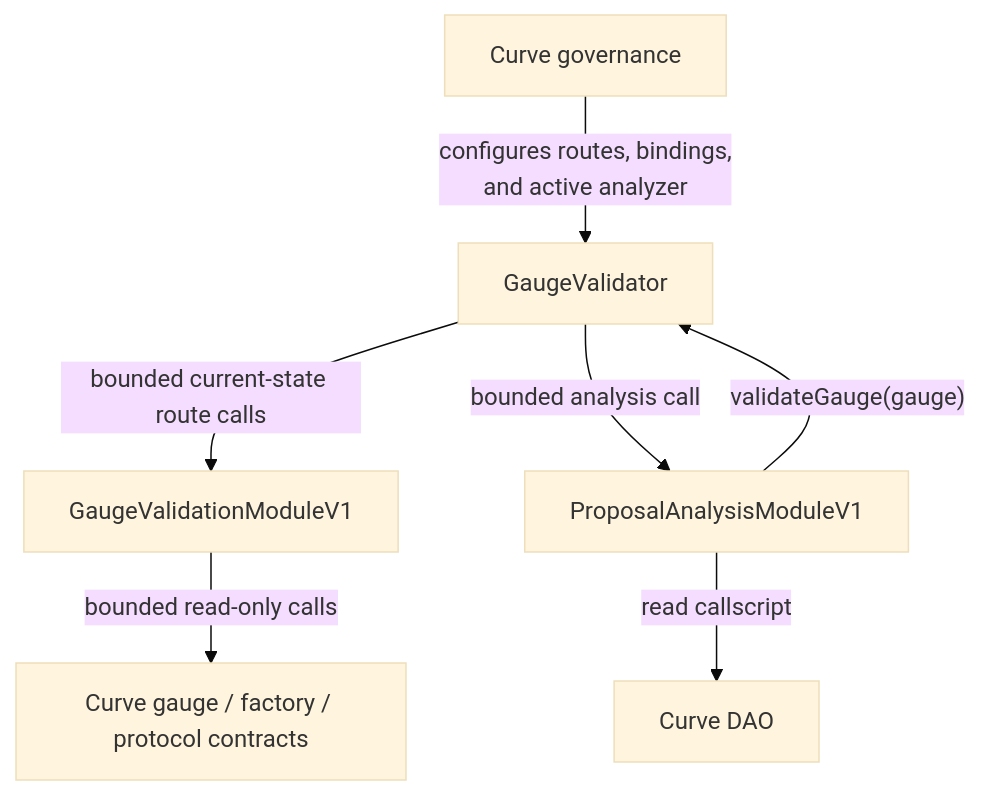
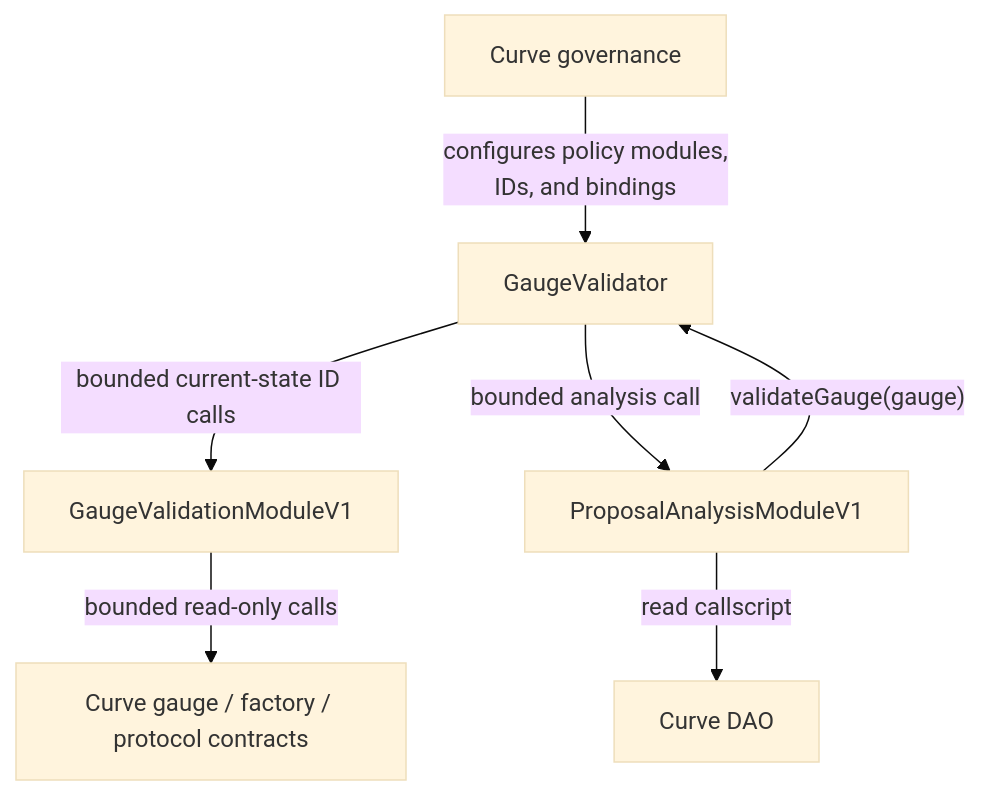
One commit to wavey0x/curve-gauge-validator changed the first of 2 diagrams in ARCHITECTURE.md. Above: the diagram before and after it, drawn with Mermaid (base theme). The commit also changed other lines of this file and 14 other files, not shown here.

````diff
--- a/ARCHITECTURE.md
+++ b/ARCHITECTURE.md
@@ -115,16 +116,16 @@
 ```mermaid
 flowchart TB
     GOV["Curve governance"]
     CORE["GaugeValidator"]
     POLICY["GaugeValidationModuleV1"]
     ANALYZER["ProposalAnalysisModuleV1"]
     PROTOCOL["Curve gauge / factory / protocol contracts"]
     DAO["Curve DAO"]
 
-    GOV -->|"configures routes, bindings,<br/>and active analyzer"| CORE
-    CORE -->|"bounded current-state route calls"| POLICY
+    GOV -->|"configures policy modules,<br/>IDs, and bindings"| CORE
+    CORE -->|"bounded current-state ID calls"| POLICY
     POLICY -->|"bounded read-only calls"| PROTOCOL
     CORE -->|"bounded analysis call"| ANALYZER
     ANALYZER -->|"read callscript"| DAO
     ANALYZER -->|"validateGauge(gauge)"| CORE
 ```
````
